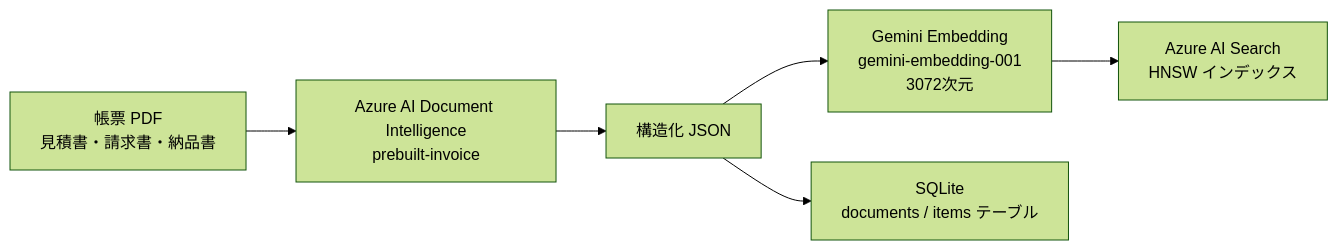
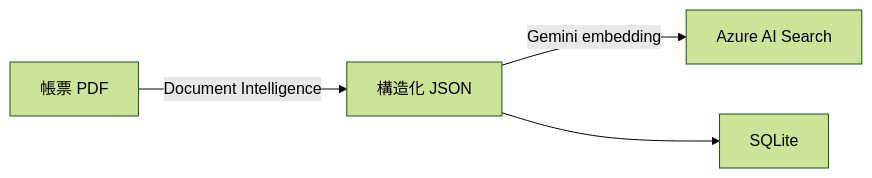
One commit to yktsnet/order-system-rag changed the first of 2 diagrams in README.md. Above: the diagram before and after it, drawn with Mermaid (forest theme). The commit also changed other lines of this file and 4 other files, not shown here.

````diff
--- a/README.md
+++ b/README.md
@@ -44,13 +42,6 @@
 ```mermaid
 flowchart LR
-    PDF["帳票 PDF\n見積書・請求書・納品書"]
-    DI["Azure AI Document Intelligence\nprebuilt-invoice"]
-    JSON["構造化 JSON"]
-    EMB["Gemini Embedding\ngemini-embedding-001\n3072次元"]
-    AIS["Azure AI Search\nHNSW インデックス"]
-    SQLITE["SQLite\ndocuments / items テーブル"]
-
-    PDF --> DI --> JSON
-    JSON --> EMB --> AIS
-    JSON --> SQLITE
+    PDF["帳票 PDF"] -->|"Document Intelligence"| JSON["構造化 JSON"]
+    JSON -->|"Gemini embedding"| AIS["Azure AI Search"]
+    JSON --> SQLITE["SQLite"]
 ```
````
